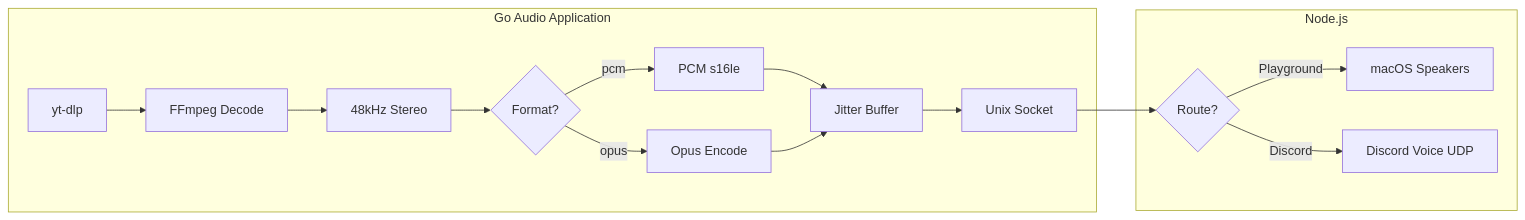
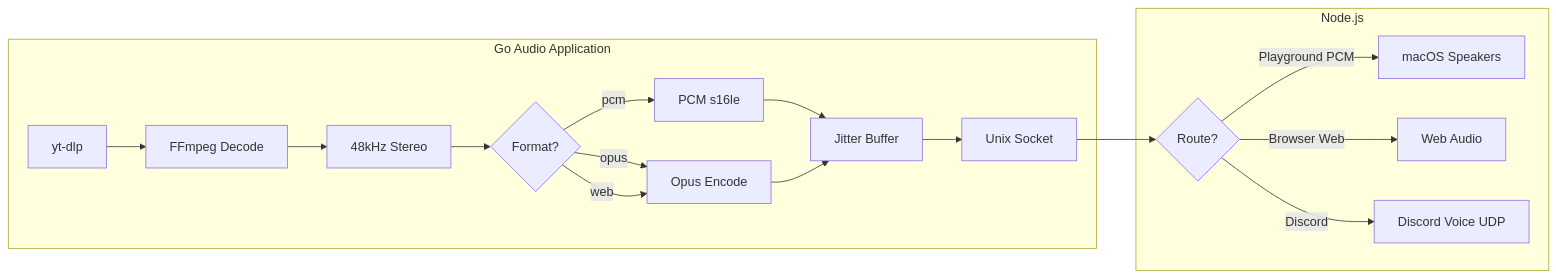
The second of 3 diagrams in CLAUDE.md (thewind121212/natashi), drawn with Mermaid before and after one commit. The commit also changed other lines of this file and 8 other files, not shown here.

````diff
--- a/CLAUDE.md
+++ b/CLAUDE.md
@@ -57,19 +66,21 @@
 ```mermaid
 flowchart LR
     subgraph Go["Go Audio Application"]
         YT[yt-dlp] --> FF[FFmpeg Decode]
         FF --> SAMPLE[48kHz Stereo]
         SAMPLE --> FORMAT{Format?}
         FORMAT -->|pcm| PCM[PCM s16le]
         FORMAT -->|opus| OPUS[Opus Encode]
+        FORMAT -->|web| OPUS
         PCM --> JITTER[Jitter Buffer]
         OPUS --> JITTER
         JITTER --> SOCKET[Unix Socket]
     end
 
     subgraph Node["Node.js"]
         SOCKET --> ROUTE{Route?}
-        ROUTE -->|Playground| SPEAKER[macOS Speakers]
+        ROUTE -->|Playground PCM| SPEAKER[macOS Speakers]
+        ROUTE -->|Browser Web| BROWSER[Web Audio]
         ROUTE -->|Discord| VOICE[Discord Voice UDP]
     end
 ```
````
